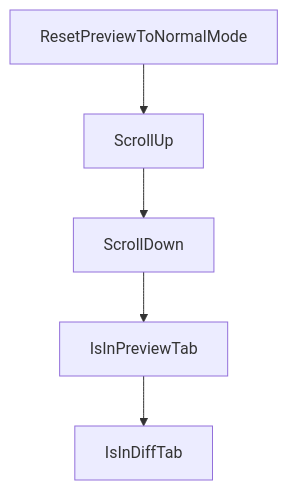
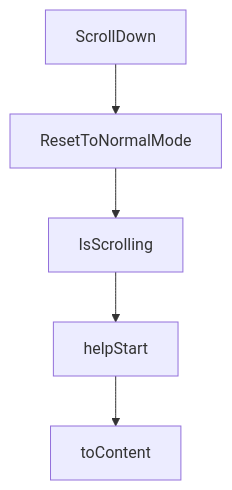
One commit to johnxie/awesome-code-docs changed the diagram in tutorials/claude-squad-tutorial/05-review-checkout-and-push-workflow.md. Above: the diagram before and after it, drawn with Mermaid. The commit also changed other lines of this file and 1232 other files, not shown here.

````diff
--- a/tutorials/claude-squad-tutorial/05-review-checkout-and-push-workflow.md
+++ b/tutorials/claude-squad-tutorial/05-review-checkout-and-push-workflow.md
@@ -210,12 +174,12 @@
 ```mermaid
 flowchart TD
-    A[ResetPreviewToNormalMode]
-    B[ScrollUp]
-    C[ScrollDown]
-    D[IsInPreviewTab]
-    E[IsInDiffTab]
+    A[ScrollDown]
+    B[ResetToNormalMode]
+    C[IsScrolling]
+    D[helpStart]
+    E[toContent]
     A --> B
     B --> C
     C --> D
     D --> E
 ```
````
